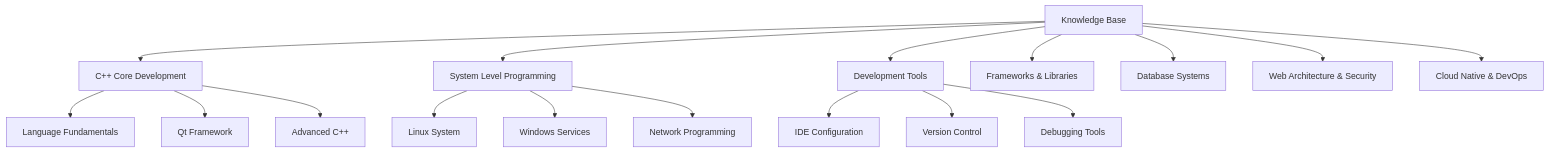
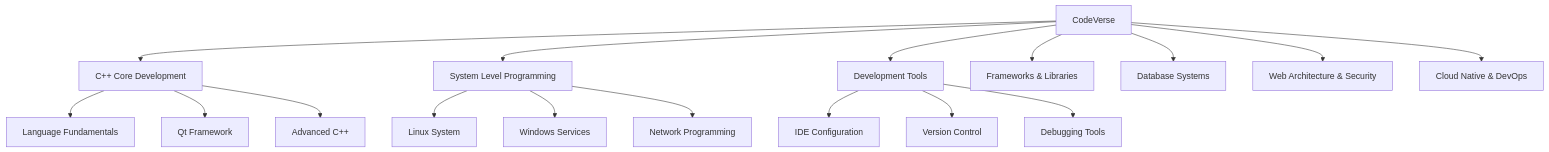
One commit to VilasWang/blog changed the diagram in README.md. Above: the diagram before and after it, drawn with Mermaid. The commit also changed other lines of this file and 40 other files, not shown here.

````diff
--- a/README.md
+++ b/README.md
@@ -83,22 +88,22 @@
 ```mermaid
 graph TD
-    A[Knowledge Base] --> B[C++ Core Development]
+    A[CodeVerse] --> B[C++ Core Development]
     A --> C[System Level Programming]
     A --> D[Development Tools]
     A --> E[Frameworks & Libraries]
     A --> F[Database Systems]
     A --> G[Web Architecture & Security]
     A --> H[Cloud Native & DevOps]
 
     B --> B1[Language Fundamentals]
     B --> B2[Qt Framework]
     B --> B3[Advanced C++]
 
     C --> C1[Linux System]
     C --> C2[Windows Services]
     C --> C3[Network Programming]
 
     D --> D1[IDE Configuration]
     D --> D2[Version Control]
     D --> D3[Debugging Tools]
 ```
````
